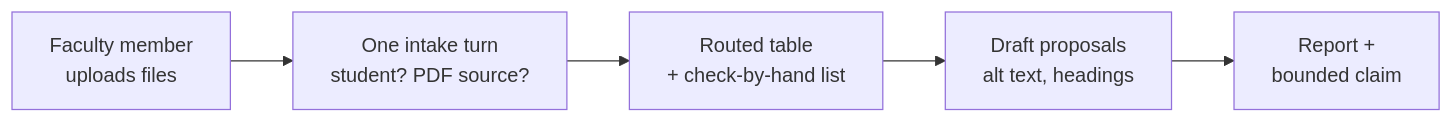
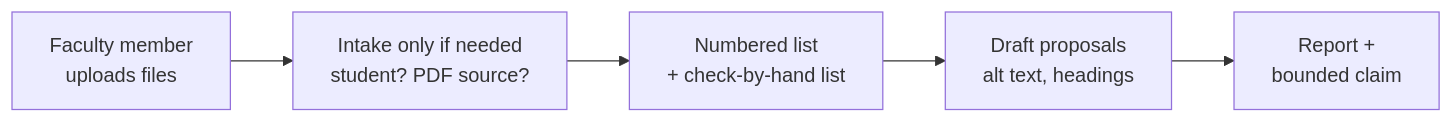
The diagram in bot/BOODLEBOX_BOT.md (adamwpryor/wcag-tool), drawn with Mermaid before and after one commit. The commit also changed other lines of this file and 8 other files, not shown here.

First line of the commit message:
feat(bot): answer in a plain-words list instead of a routed table

````diff
--- a/bot/BOODLEBOX_BOT.md
+++ b/bot/BOODLEBOX_BOT.md
@@ -54,7 +55,7 @@
 ```mermaid
 flowchart LR
-    U[Faculty member<br/>uploads files] --> I[One intake turn<br/>student? PDF source?]
-    I --> R[Routed table<br/>+ check-by-hand list]
+    U[Faculty member<br/>uploads files] --> I[Intake only if needed<br/>student? PDF source?]
+    I --> R[Numbered list<br/>+ check-by-hand list]
     R --> D[Draft proposals<br/>alt text, headings]
     D --> P[Report +<br/>bounded claim]
 ```
````
